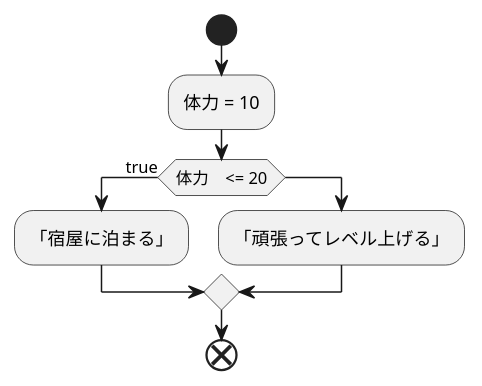
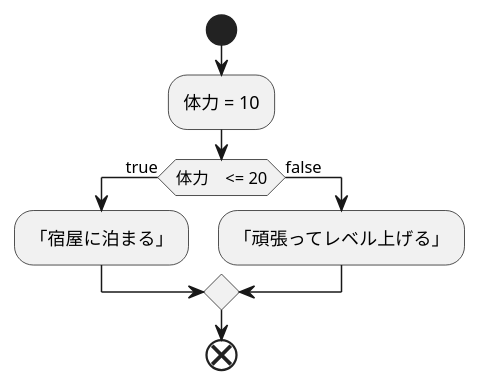
The diagram in unko.md (Aso2001186/2021sys-design), drawn with PlantUML before and after one commit.

````diff
--- a/unko.md
+++ b/unko.md
@@ -1,13 +1,13 @@
 ```uml
 @startuml
 start 
 :体力 = 10;
 
 if(体力　<= 20) then (true)
 :「宿屋に泊まる」;
-else
+else (false)
 :「頑張ってレベル上げる」;
 endif
 end
 @enduml
 ```
````
